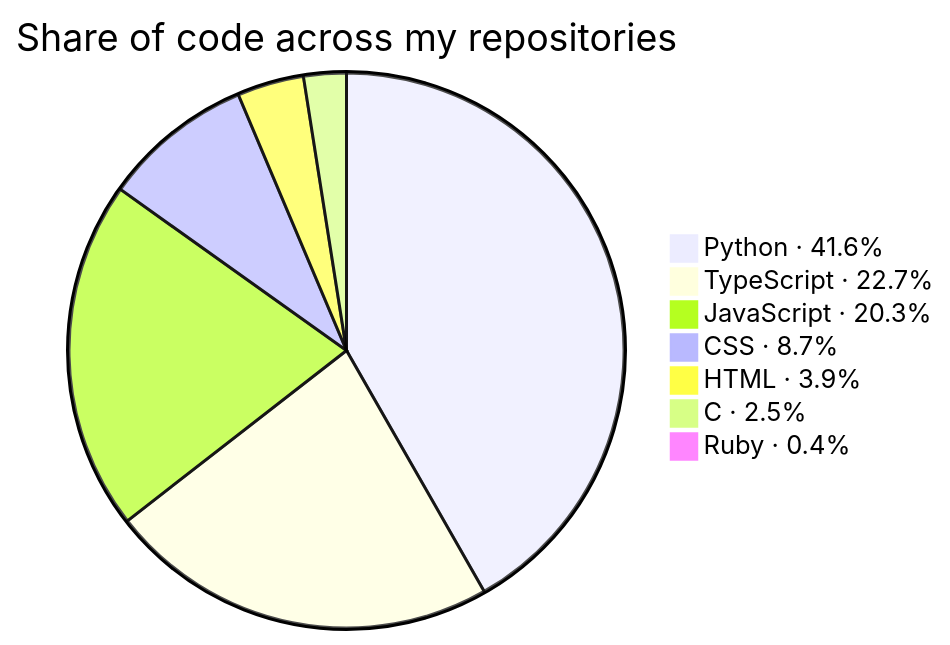
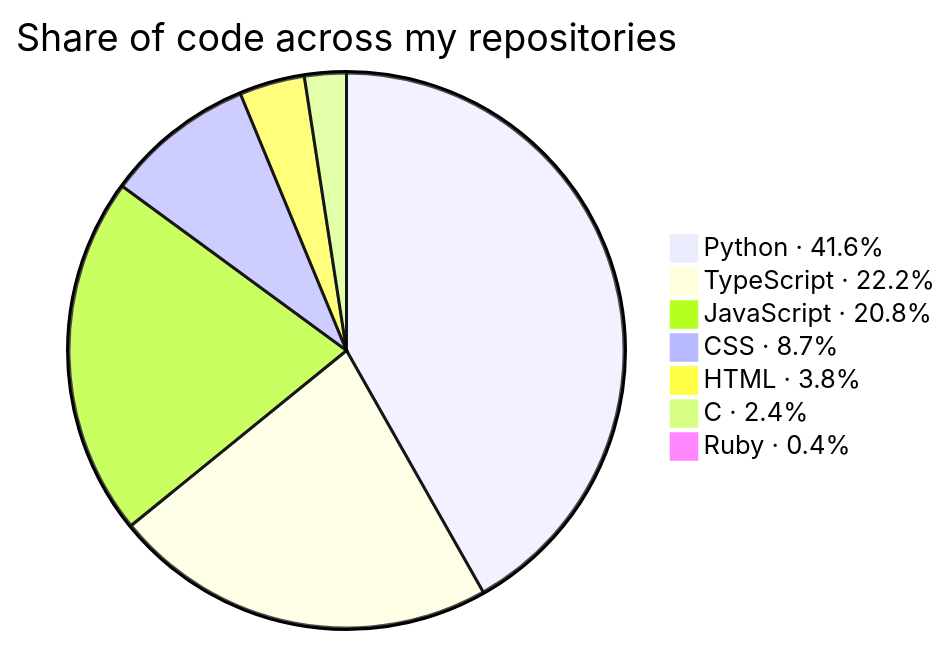
One commit to KathFK1234/KathFK1234 changed the second of 3 diagrams in README.md. Above: the diagram before and after it, drawn with Mermaid. The commit also changed other lines of this file and 4 other files, not shown here.

````diff
--- a/README.md
+++ b/README.md
@@ -109,11 +109,11 @@
 ```mermaid
 %%{init: {"themeVariables": {"pieSectionTextSize": "0px"}}}%%
 pie title Share of code across my repositories
-    "Python · 41.6%" : 1054.0
-    "TypeScript · 22.7%" : 574.4
-    "JavaScript · 20.3%" : 514.6
-    "CSS · 8.7%" : 221.6
-    "HTML · 3.9%" : 98.1
-    "C · 2.5%" : 62.7
+    "Python · 41.6%" : 1077.7
+    "TypeScript · 22.2%" : 575.7
+    "JavaScript · 20.8%" : 539.5
+    "CSS · 8.7%" : 224.2
+    "HTML · 3.8%" : 98.1
+    "C · 2.4%" : 62.7
     "Ruby · 0.4%" : 10.1
 ```
````
